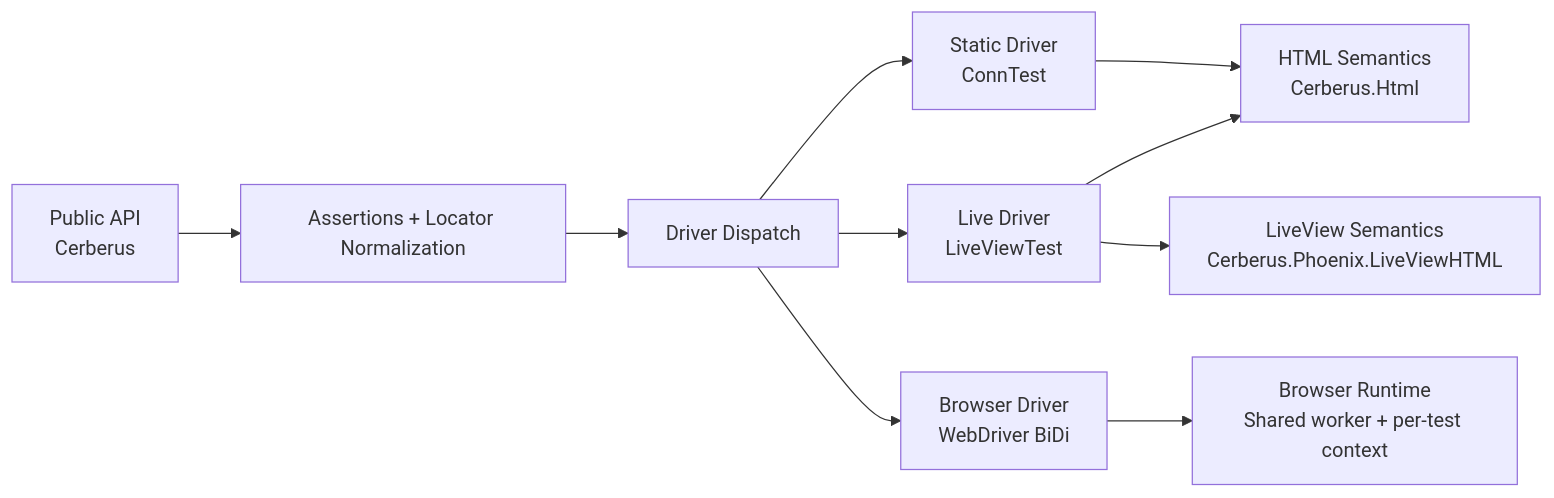
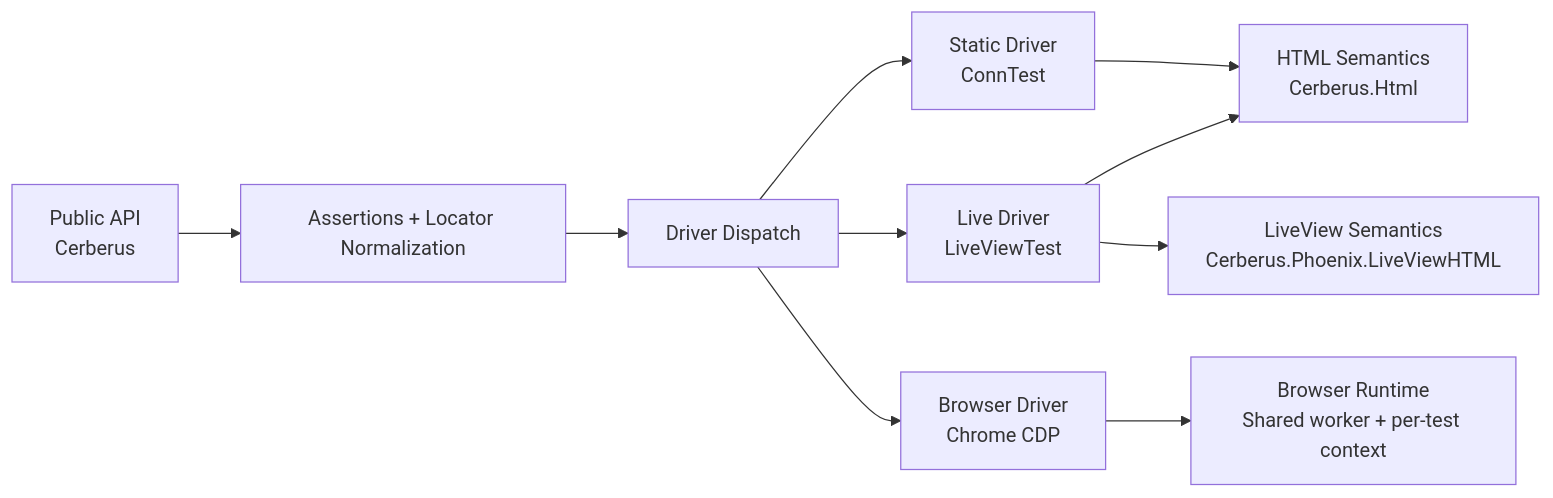
Before and after one commit to ftes/cerberus: the diagram in docs/architecture.md, drawn with Mermaid. The commit also changed other lines of this file and 31 other files, not shown here.

Commit message:
Switch browser driver to Chrome-only CDP

````diff
--- a/docs/architecture.md
+++ b/docs/architecture.md
@@ -8,12 +8,12 @@
 ```mermaid
 flowchart LR
   A["Public API<br/>Cerberus"] --> B["Assertions + Locator Normalization"]
   B --> C["Driver Dispatch"]
   C --> D["Static Driver<br/>ConnTest"]
   C --> E["Live Driver<br/>LiveViewTest"]
-  C --> F["Browser Driver<br/>WebDriver BiDi"]
+  C --> F["Browser Driver<br/>Chrome CDP"]
   D --> G["HTML Semantics<br/>Cerberus.Html"]
   E --> G
   E --> H["LiveView Semantics<br/>Cerberus.Phoenix.LiveViewHTML"]
   F --> I["Browser Runtime<br/>Shared worker + per-test context"]
 ```
````
